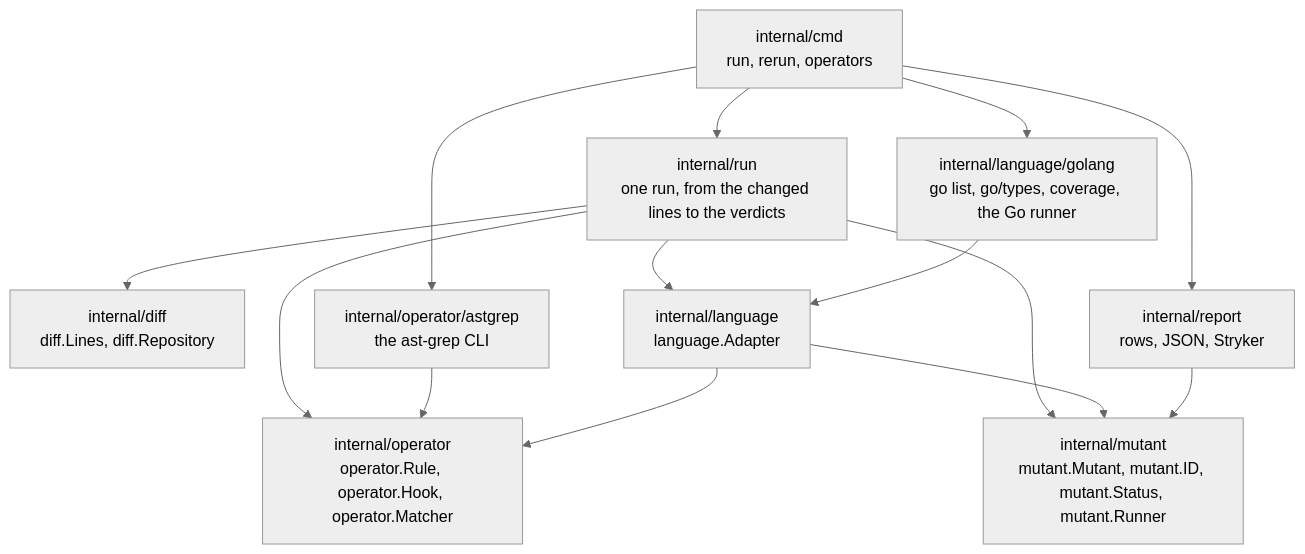
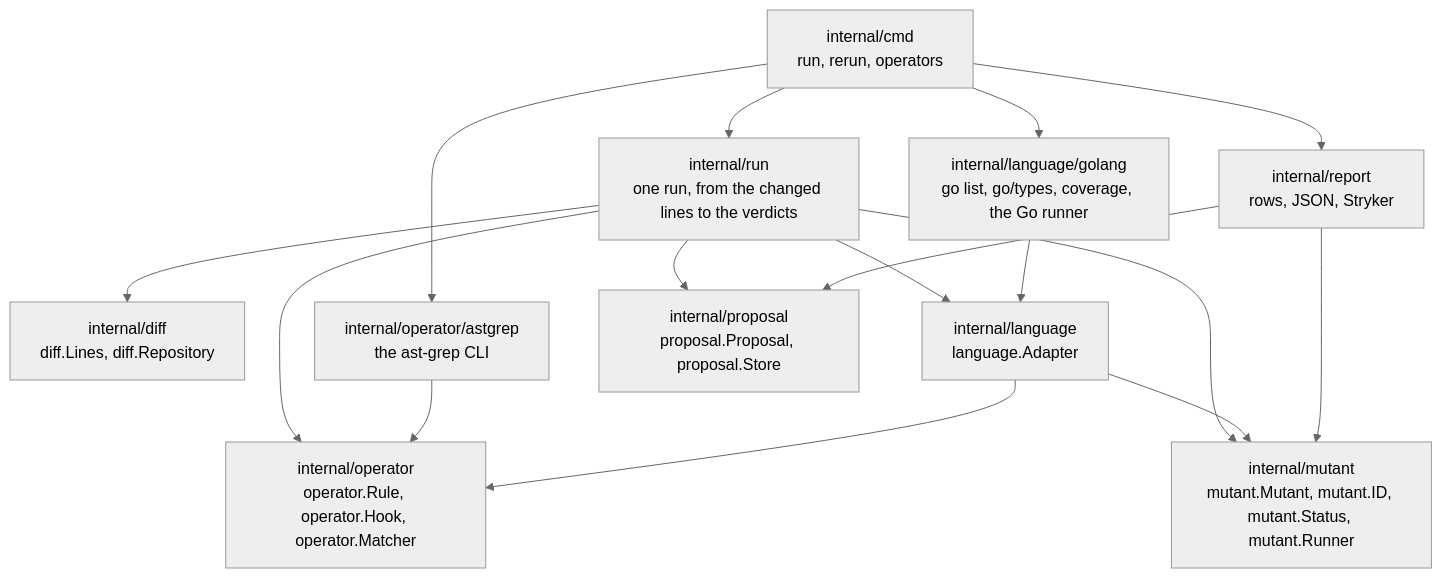
Before and after one commit to hpcsc/mutants: the fifth of 5 diagrams in docs/design.md, drawn with Mermaid (neutral theme). The commit also changed other lines of this file and 6 other files, not shown here.

````diff
--- a/docs/design.md
+++ b/docs/design.md
@@ -487,25 +536,28 @@
 ```mermaid
 flowchart TD
     CMD["internal/cmd<br/>run, rerun, operators"]
     RUN["internal/run<br/>one run, from the changed lines to the verdicts"]
     DIFF["internal/diff<br/>diff.Lines, diff.Repository"]
     OP["internal/operator<br/>operator.Rule, operator.Hook, operator.Matcher"]
     AG["internal/operator/astgrep<br/>the ast-grep CLI"]
     MUT["internal/mutant<br/>mutant.Mutant, mutant.ID, mutant.Status, mutant.Runner"]
     LANG["internal/language<br/>language.Adapter"]
     GO["internal/language/golang<br/>go list, go/types, coverage, the Go runner"]
     REP["internal/report<br/>rows, JSON, Stryker"]
+    PROP["internal/proposal<br/>proposal.Proposal, proposal.Store"]
     CMD --> RUN
     CMD --> AG
     CMD --> GO
     CMD --> REP
     RUN --> DIFF
     RUN --> OP
     RUN --> LANG
     RUN --> MUT
     AG --> OP
     GO --> LANG
     LANG --> OP
     LANG --> MUT
     REP --> MUT
+    RUN --> PROP
+    REP --> PROP
 ```
````
